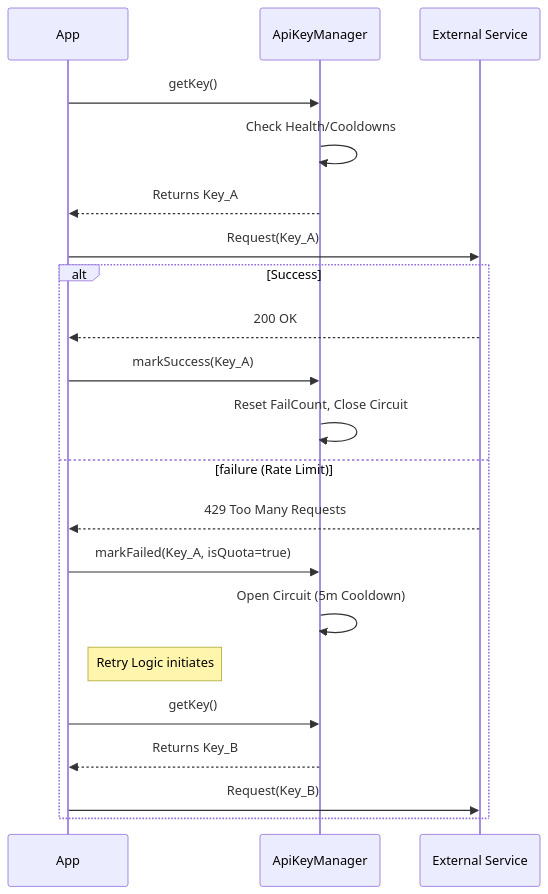
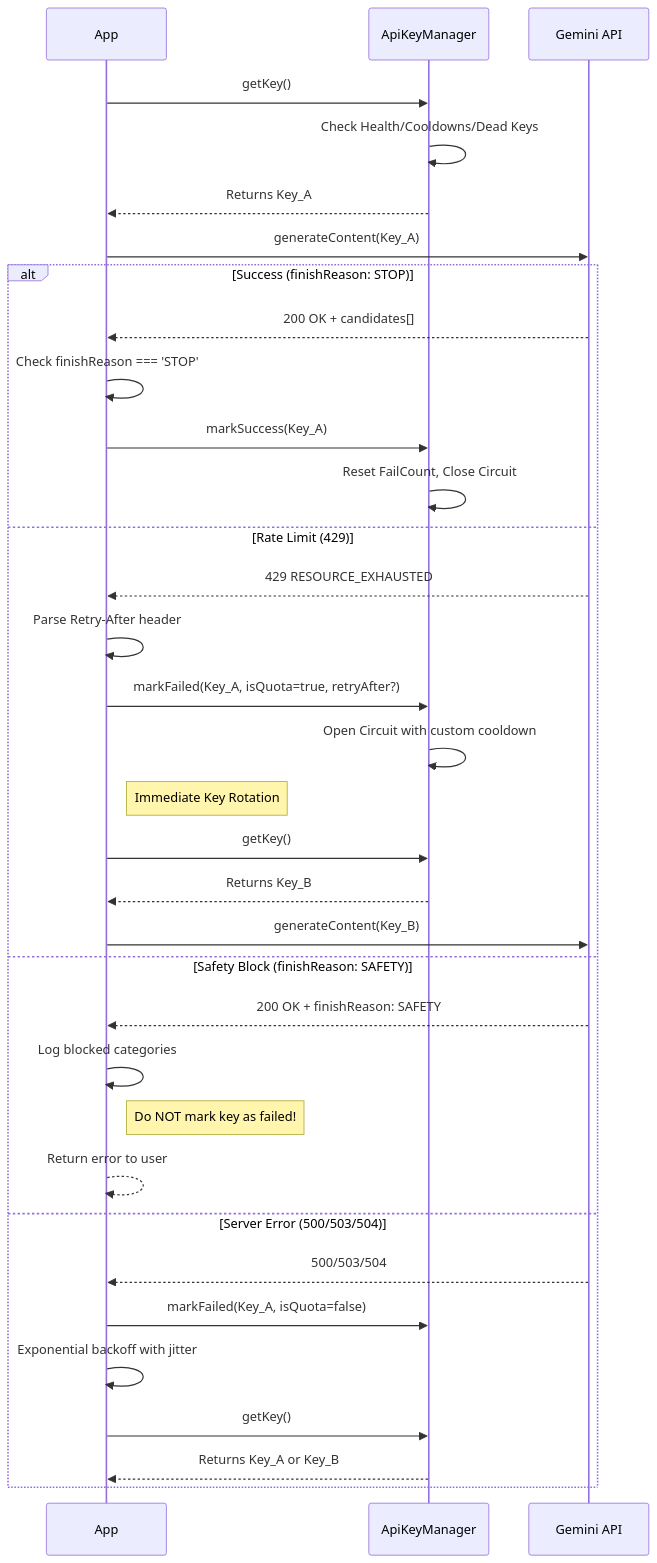
One commit to SplashCodeDex/WhatsDeX changed the fourth of 4 diagrams in docs/API_KEY_ROTATION_SYSTEM.md. Above: the diagram before and after it, drawn with Mermaid. The commit also changed other lines of this file and 2 other files, not shown here.

Commit message:
feat: Add Universal ApiKeyManager and Rotation System (Auto-Update)

````diff
--- a/docs/API_KEY_ROTATION_SYSTEM.md
+++ b/docs/API_KEY_ROTATION_SYSTEM.md
@@ -106,27 +154,40 @@
 ```mermaid
 sequenceDiagram
     participant App
     participant Manager as ApiKeyManager
-    participant API as External Service
+    participant API as Gemini API
 
     App->>Manager: getKey()
-    Manager->>Manager: Check Health/Cooldowns
+    Manager->>Manager: Check Health/Cooldowns/Dead Keys
     Manager-->>App: Returns Key_A
 
-    App->>API: Request(Key_A)
+    App->>API: generateContent(Key_A)
 
-    alt Success
-        API-->>App: 200 OK
+    alt Success (finishReason: STOP)
+        API-->>App: 200 OK + candidates[]
+        App->>App: Check finishReason === 'STOP'
         App->>Manager: markSuccess(Key_A)
         Manager->>Manager: Reset FailCount, Close Circuit
-    else failure (Rate Limit)
-        API-->>App: 429 Too Many Requests
-        App->>Manager: markFailed(Key_A, isQuota=true)
-        Manager->>Manager: Open Circuit (5m Cooldown)
+    else Rate Limit (429)
+        API-->>App: 429 RESOURCE_EXHAUSTED
+        App->>App: Parse Retry-After header
+        App->>Manager: markFailed(Key_A, isQuota=true, retryAfter?)
+        Manager->>Manager: Open Circuit with custom cooldown
 
-        Note right of App: Retry Logic initiates
+        Note right of App: Immediate Key Rotation
         App->>Manager: getKey()
         Manager-->>App: Returns Key_B
-        App->>API: Request(Key_B)
+        App->>API: generateContent(Key_B)
+    else Safety Block (finishReason: SAFETY)
+        API-->>App: 200 OK + finishReason: SAFETY
+        App->>App: Log blocked categories
+        Note right of App: Do NOT mark key as failed!
+        App-->>App: Return error to user
+    else Server Error (500/503/504)
+        API-->>App: 500/503/504
+        App->>Manager: markFailed(Key_A, isQuota=false)
+        App->>App: Exponential backoff with jitter
+        App->>Manager: getKey()
+        Manager-->>App: Returns Key_A or Key_B
     end
 ```
````
